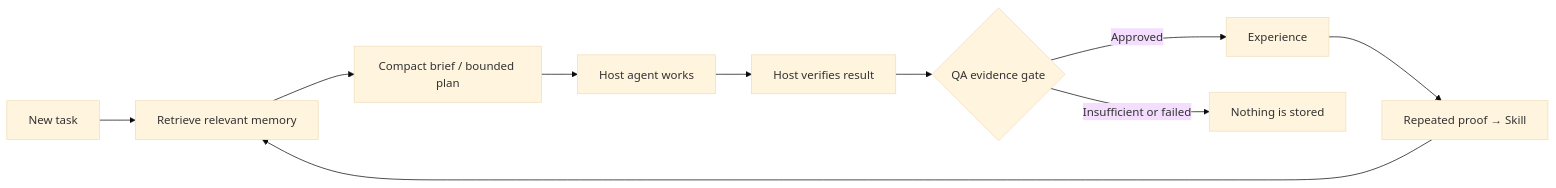
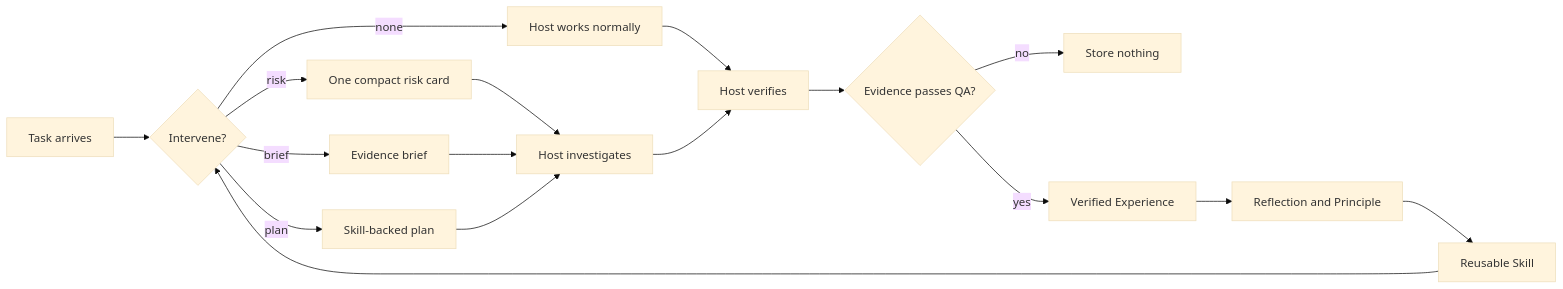
The diagram in README.md (Shikhar-code/memcoder), drawn with Mermaid (base theme) before and after one commit. The commit also changed other lines of this file and 118 other files, not shown here.

````diff
--- a/README.md
+++ b/README.md
@@ -92,12 +127,19 @@
 ```mermaid
 flowchart LR
-    T[New task] --> R[Retrieve relevant memory]
-    R --> B[Compact brief / bounded plan]
-    B --> H[Host agent works]
-    H --> V[Host verifies result]
-    V --> Q{QA evidence gate}
-    Q -->|Approved| E[Experience]
-    Q -->|Insufficient or failed| X[Nothing is stored]
-    E --> S[Repeated proof → Skill]
-    S --> R
+    A[Task arrives] --> I{Intervene?}
+    I -->|none| N[Host works normally]
+    I -->|risk| R[One compact risk card]
+    I -->|brief| B[Evidence brief]
+    I -->|plan| P[Skill-backed plan]
+    R --> H[Host investigates]
+    B --> H
+    P --> H
+    N --> V[Host verifies]
+    H --> V
+    V --> Q{Evidence passes QA?}
+    Q -->|no| X[Store nothing]
+    Q -->|yes| E[Verified Experience]
+    E --> S[Reflection and Principle]
+    S --> K[Reusable Skill]
+    K --> I
 ```
````
